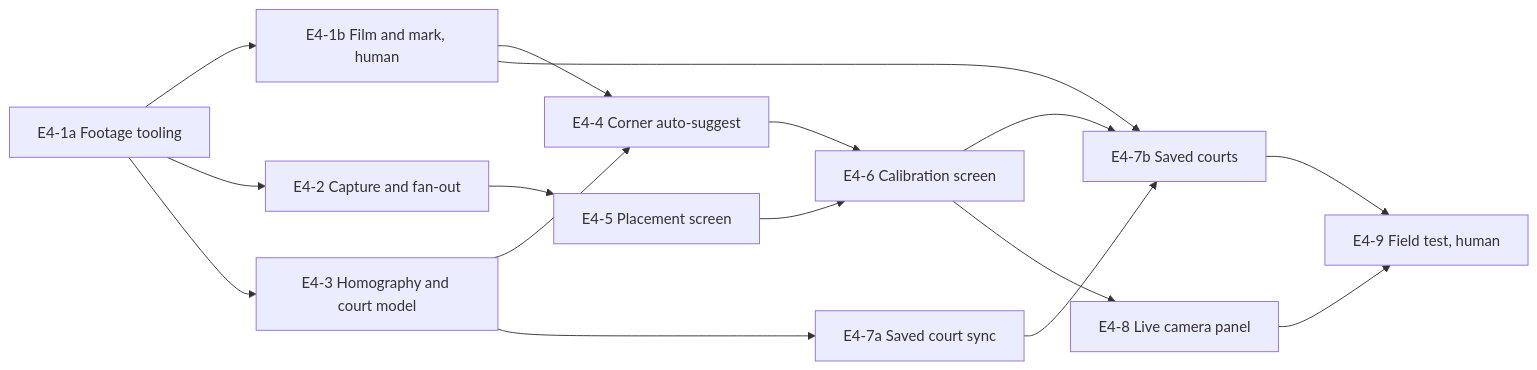
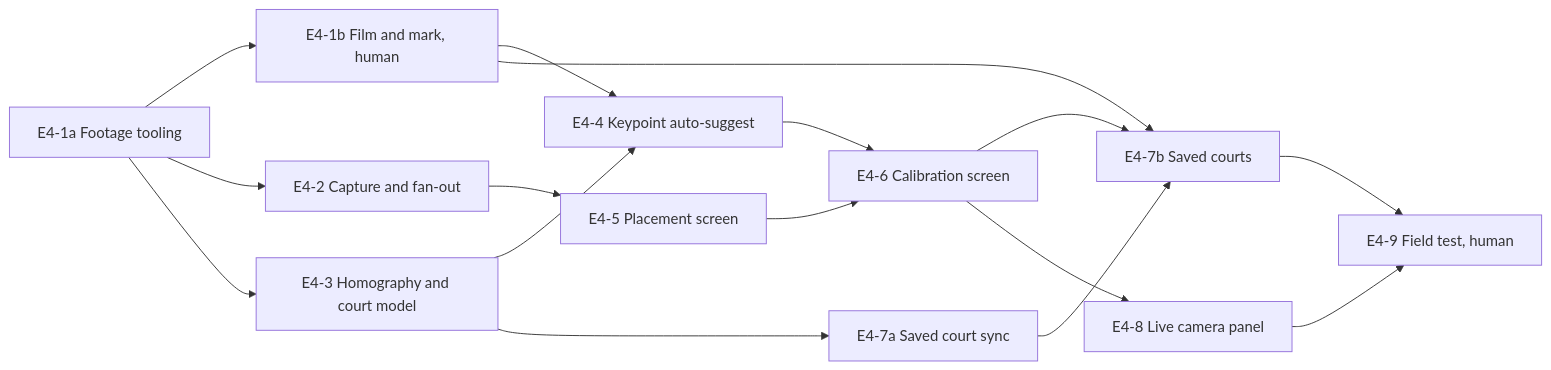
One commit to aaronmusa/chair changed the diagram in docs/EPICS/EPIC-4.md. Above: the diagram before and after it, drawn with Mermaid. The commit also changed other lines of this file and 18 other files, not shown here.

````diff
--- a/docs/EPICS/EPIC-4.md
+++ b/docs/EPICS/EPIC-4.md
@@ -230,18 +231,18 @@
 ```mermaid
 flowchart LR
   A1[E4-1a Footage tooling] --> A2[E4-1b Film and mark, human]
   A1 --> B[E4-2 Capture and fan-out]
   A1 --> C[E4-3 Homography and court model]
-  A2 --> D[E4-4 Corner auto-suggest]
+  A2 --> D[E4-4 Keypoint auto-suggest]
   C --> D
   B --> E[E4-5 Placement screen]
   D --> F[E4-6 Calibration screen]
   E --> F
   C --> G1[E4-7a Saved court sync]
   F --> G2[E4-7b Saved courts]
   G1 --> G2
   A2 --> G2
   F --> H[E4-8 Live camera panel]
   G2 --> I[E4-9 Field test, human]
   H --> I
 ```
````
